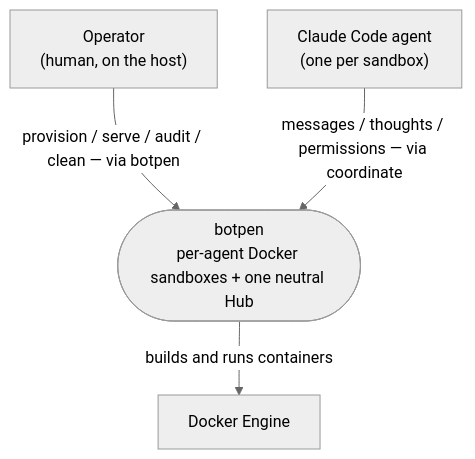
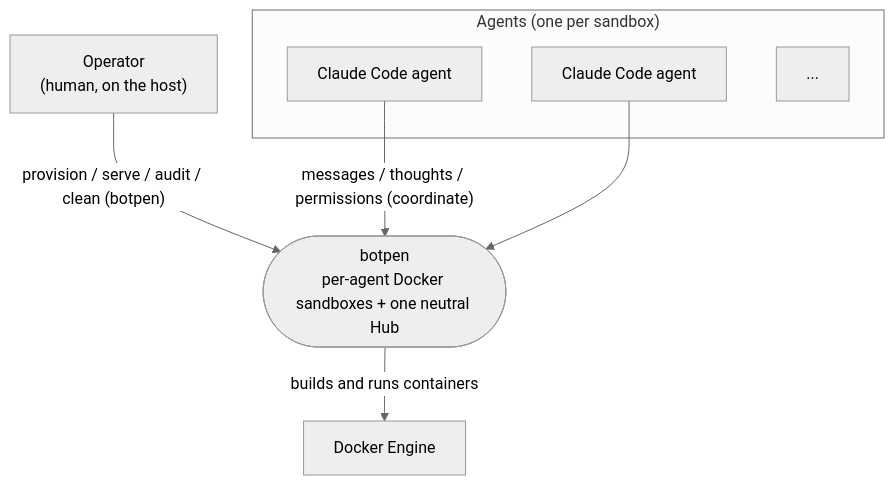
Before and after one commit to kunalbhagawati/botpen: the first of 3 diagrams in ARCHITECTURE.md, drawn with Mermaid (neutral theme). The commit also changed other lines of this file and 6 other files, not shown here.

````diff
--- a/ARCHITECTURE.md
+++ b/ARCHITECTURE.md
@@ -23,10 +23,15 @@
 ```mermaid
 flowchart TD
     operator["Operator<br/>(human, on the host)"]
-    agent["Claude Code agent<br/>(one per sandbox)"]
     botpen(["botpen<br/>per-agent Docker sandboxes + one neutral Hub"])
     docker["Docker Engine"]
-    operator -->|"provision / serve / audit / clean — via botpen"| botpen
-    agent -->|"messages / thoughts / permissions — via coordinate"| botpen
+    subgraph agents["Agents (one per sandbox)"]
+        a1["Claude Code agent"]
+        a2["Claude Code agent"]
+        amore["..."]
+    end
+    operator -->|"provision / serve / audit / clean (botpen)"| botpen
+    a1 -->|"messages / thoughts / permissions (coordinate)"| botpen
+    a2 --> botpen
     botpen -->|builds and runs containers| docker
 ```
````
